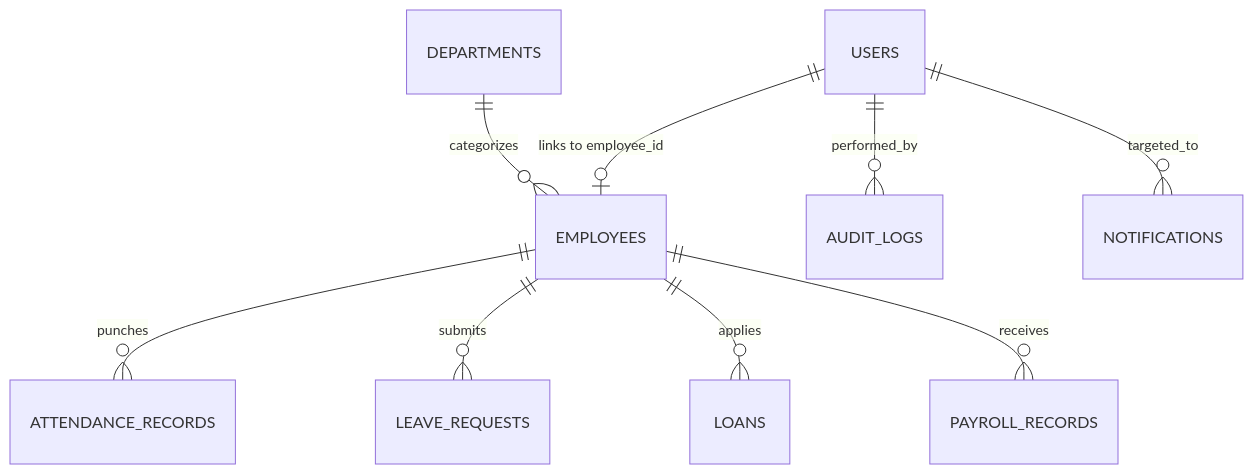
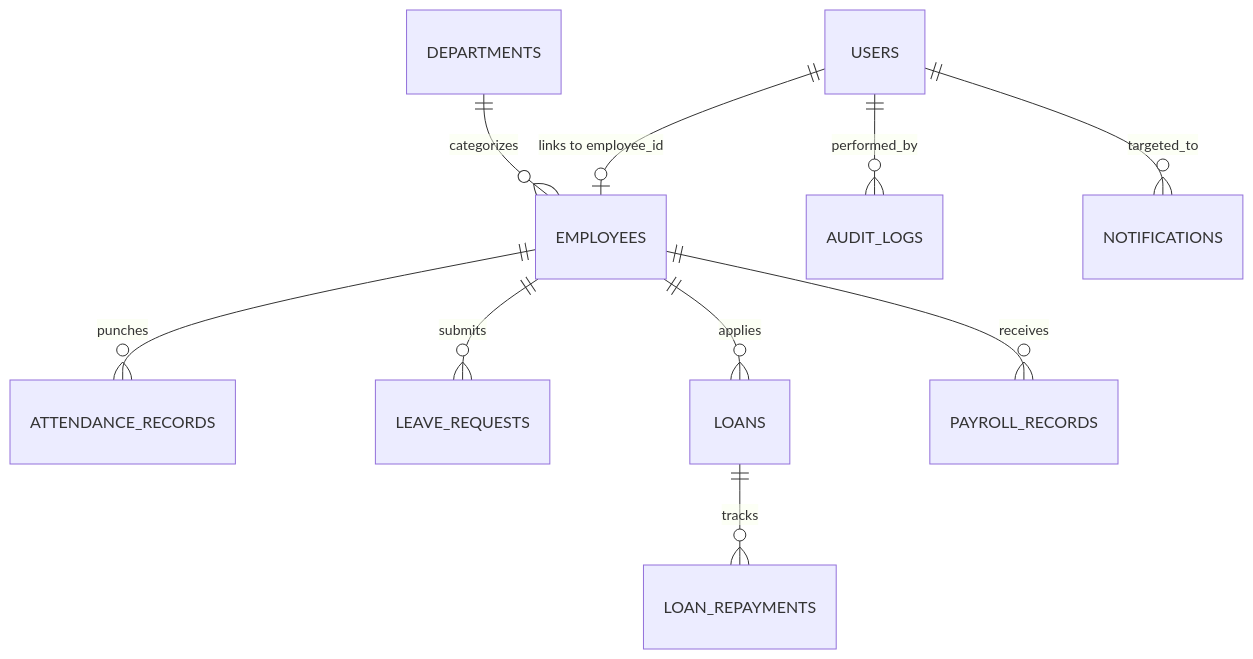
Before and after one commit to eftyqhar/FlowPay: the third of 5 diagrams in DOCUMENTATION.md, drawn with Mermaid. The commit also changed other lines of this file and 12 other files, not shown here.

````diff
--- a/DOCUMENTATION.md
+++ b/DOCUMENTATION.md
@@ -150,11 +151,12 @@
 ```mermaid
 erDiagram
     USERS ||--o| EMPLOYEES : "links to employee_id"
     DEPARTMENTS ||--o{ EMPLOYEES : "categorizes"
     EMPLOYEES ||--o{ ATTENDANCE_RECORDS : "punches"
     EMPLOYEES ||--o{ LEAVE_REQUESTS : "submits"
     EMPLOYEES ||--o{ LOANS : "applies"
+    LOANS ||--o{ LOAN_REPAYMENTS : "tracks"
     EMPLOYEES ||--o{ PAYROLL_RECORDS : "receives"
     USERS ||--o{ AUDIT_LOGS : "performed_by"
     USERS ||--o{ NOTIFICATIONS : "targeted_to"
 ```
````
